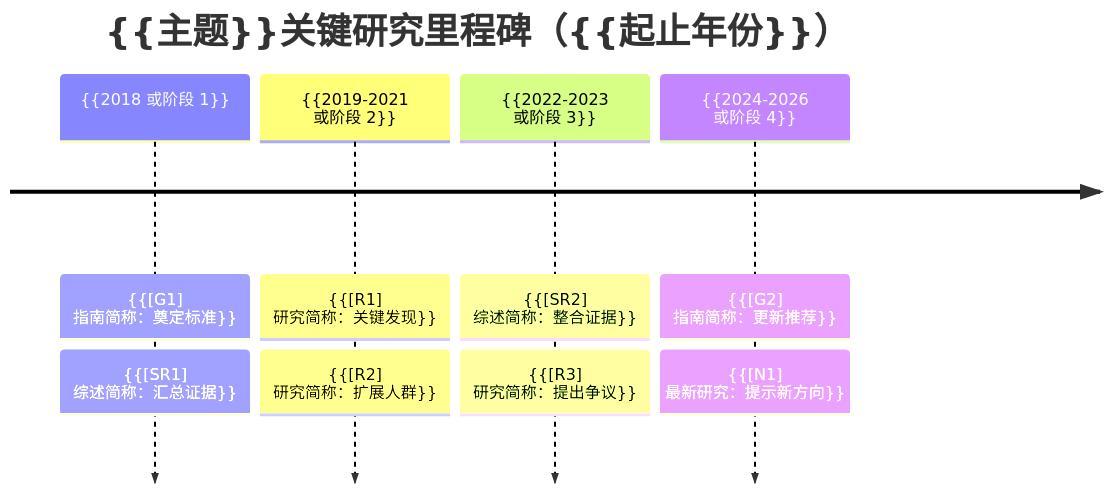
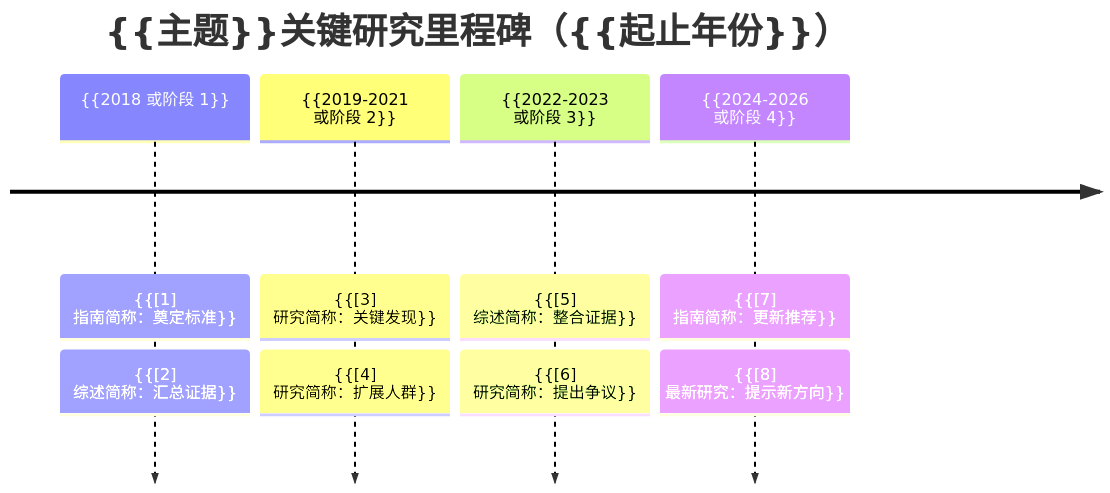
One commit to ahang1598/doubao-workbuddy-qwenwork-skills changed the second of 2 diagrams in doubao/skills/doubao-medical-literature-search/assets/word-report-template.md. Above: the diagram before and after it, drawn with Mermaid. The commit also changed other lines of this file and 1349 other files, not shown here.

````diff
--- a/doubao/skills/doubao-medical-literature-search/assets/word-report-template.md
+++ b/doubao/skills/doubao-medical-literature-search/assets/word-report-template.md
@@ -75,12 +57,12 @@
 ```mermaid
 timeline
     title {{主题}}关键研究里程碑（{{起止年份}}）
-    {{2018 或阶段 1}} : {{[G1] 指南简称：奠定标准}}
-                      : {{[SR1] 综述简称：汇总证据}}
-    {{2019-2021 或阶段 2}} : {{[R1] 研究简称：关键发现}}
-                         : {{[R2] 研究简称：扩展人群}}
-    {{2022-2023 或阶段 3}} : {{[SR2] 综述简称：整合证据}}
-                         : {{[R3] 研究简称：提出争议}}
-    {{2024-2026 或阶段 4}} : {{[G2] 指南简称：更新推荐}}
-                         : {{[N1] 最新研究：提示新方向}}
+    {{2018 或阶段 1}} : {{[1] 指南简称：奠定标准}}
+                      : {{[2] 综述简称：汇总证据}}
+    {{2019-2021 或阶段 2}} : {{[3] 研究简称：关键发现}}
+                         : {{[4] 研究简称：扩展人群}}
+    {{2022-2023 或阶段 3}} : {{[5] 综述简称：整合证据}}
+                         : {{[6] 研究简称：提出争议}}
+    {{2024-2026 或阶段 4}} : {{[7] 指南简称：更新推荐}}
+                         : {{[8] 最新研究：提示新方向}}
 ```
````
